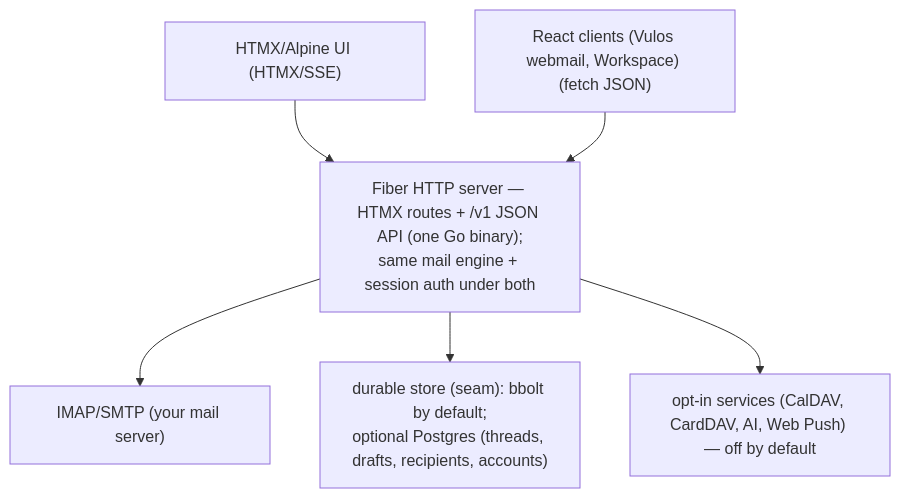
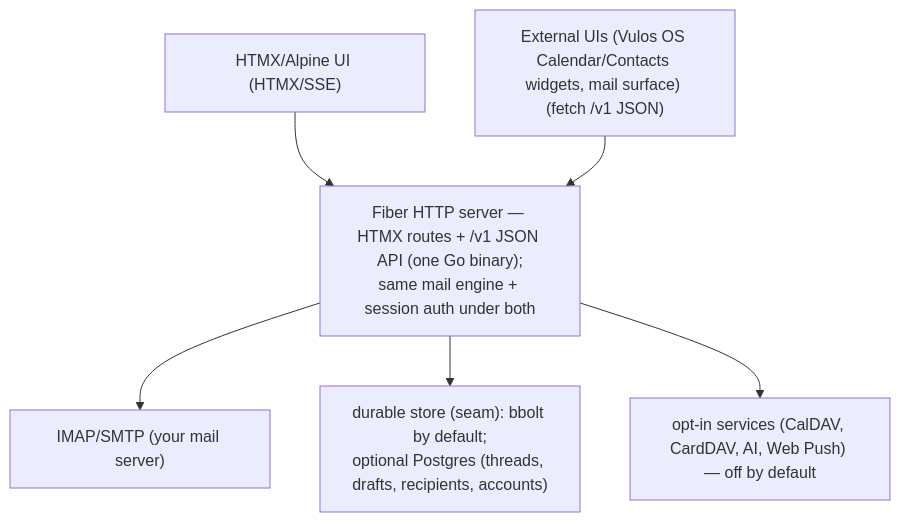
The diagram in README.md (vul-os/lilmail), drawn with Mermaid before and after one commit. The commit also changed other lines of this file and 5 other files, not shown here.

````diff
--- a/README.md
+++ b/README.md
@@ -118,9 +110,9 @@
 ```mermaid
 flowchart TD
     UI["HTMX/Alpine UI (HTMX/SSE)"] --> Server
-    React["React clients (Vulos webmail, Workspace) (fetch JSON)"] --> Server
+    React["External UIs (Vulos OS Calendar/Contacts widgets, mail surface) (fetch /v1 JSON)"] --> Server
     Server["Fiber HTTP server — HTMX routes + /v1 JSON API (one Go binary);<br/>same mail engine + session auth under both"]
     Server --> IMAP["IMAP/SMTP (your mail server)"]
     Server --> Store["durable store (seam): bbolt by default;<br/>optional Postgres (threads, drafts, recipients, accounts)"]
     Server --> Services["opt-in services (CalDAV, CardDAV, AI, Web Push) — off by default"]
 ```
````
